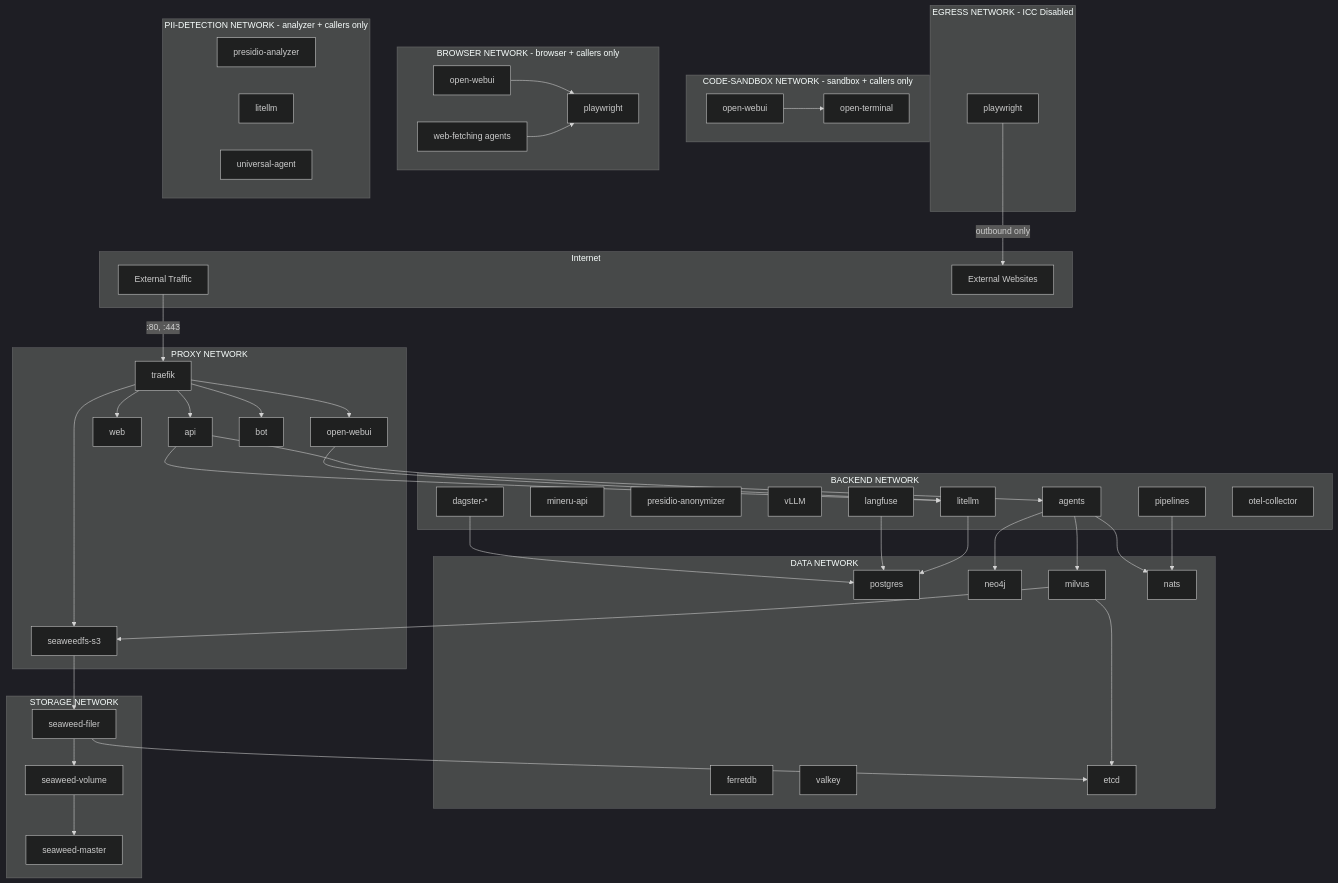
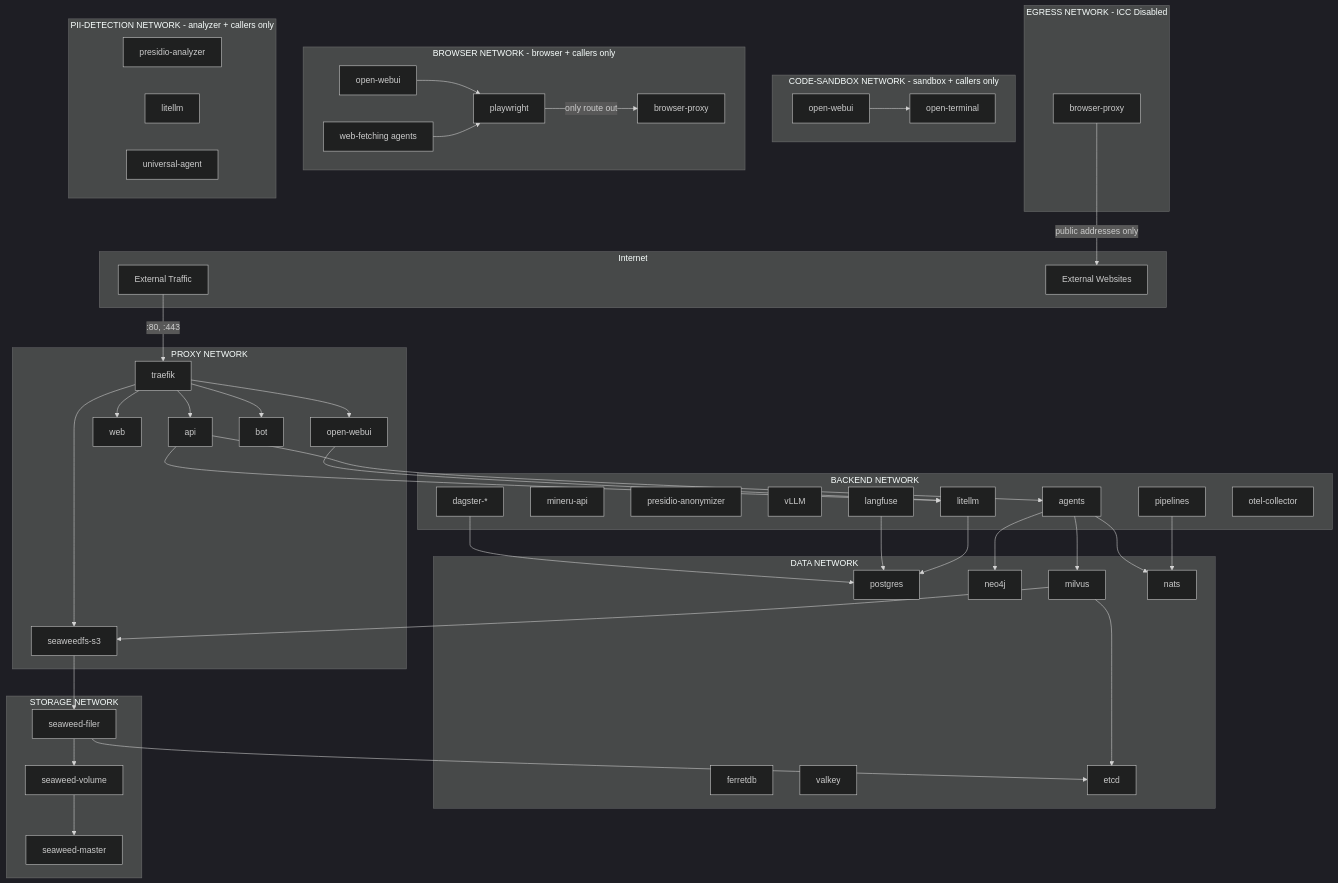
One commit to bbvch-ai/aihub-core changed the diagram in docs/docs/2_platform/2_architecture/4_network_isolation/index.en.md. Above: the diagram before and after it, drawn with Mermaid (dark theme). The commit also changed other lines of this file and 46 other files, not shown here.

Commit message:
fix(swiss-ai-hub): Read linked web pages through a proxy that refuses private addresses (#2355)

````diff
--- a/docs/docs/2_platform/2_architecture/4_network_isolation/index.en.md
+++ b/docs/docs/2_platform/2_architecture/4_network_isolation/index.en.md
@@ -177,7 +187,7 @@
     end
 
     subgraph egress[EGRESS NETWORK - ICC Disabled]
-        playwright_egress[playwright]
+        proxy_egress[browser-proxy]
     end
 
     subgraph code-sandbox[CODE-SANDBOX NETWORK - sandbox + callers only]
@@ -187,6 +197,7 @@
 
     subgraph browser[BROWSER NETWORK - browser + callers only]
         playwright[playwright]
+        browser_proxy[browser-proxy]
         openwebui_br[open-webui]
         agents_br[web-fetching agents]
     end
@@ -241,5 +252,6 @@
     swfiler --> swvolume
     swvolume --> swmaster
 
-    playwright_egress -->|outbound only| websites
+    playwright -->|only route out| browser_proxy
+    proxy_egress -->|public addresses only| websites
 ```
````
